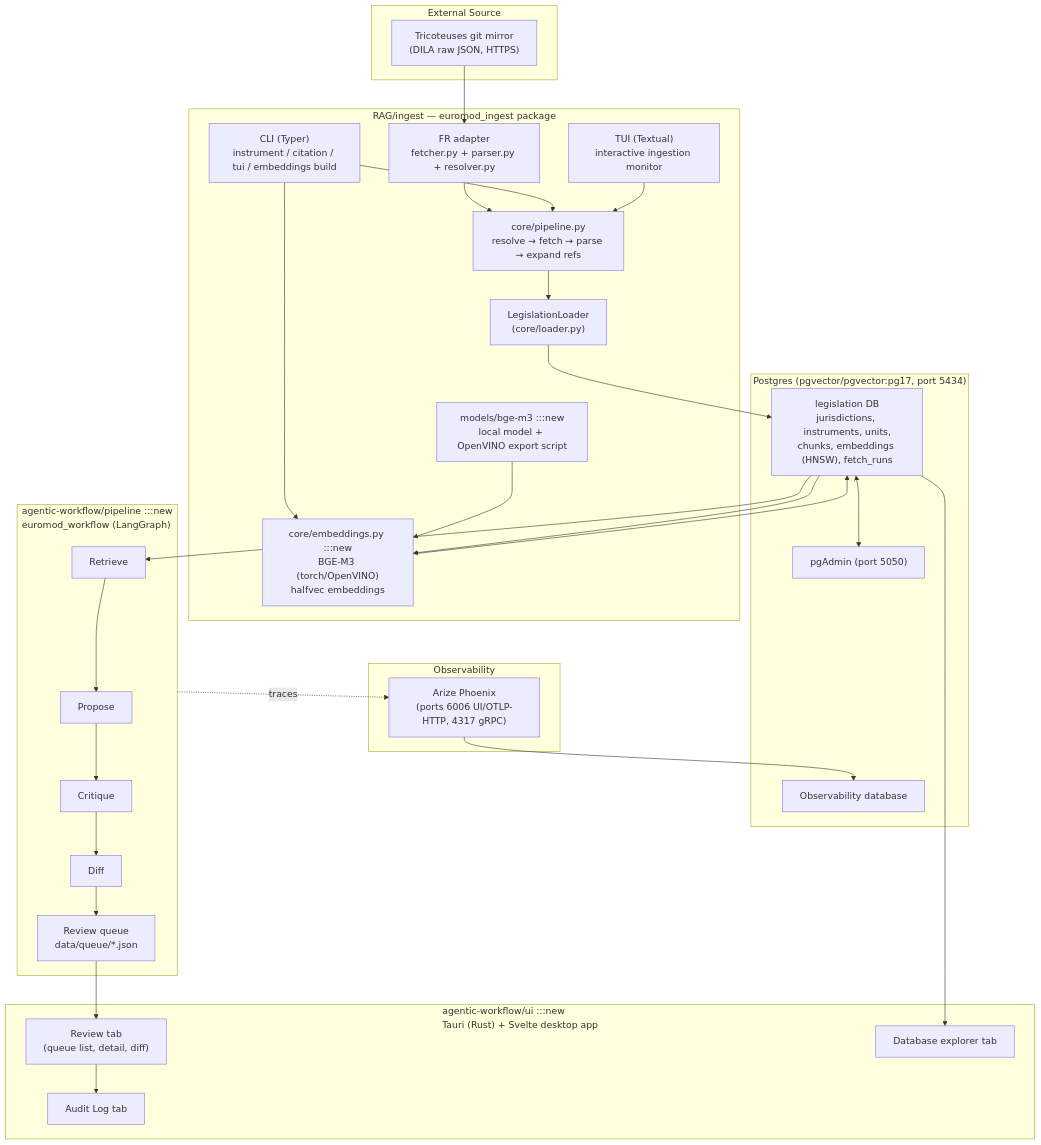
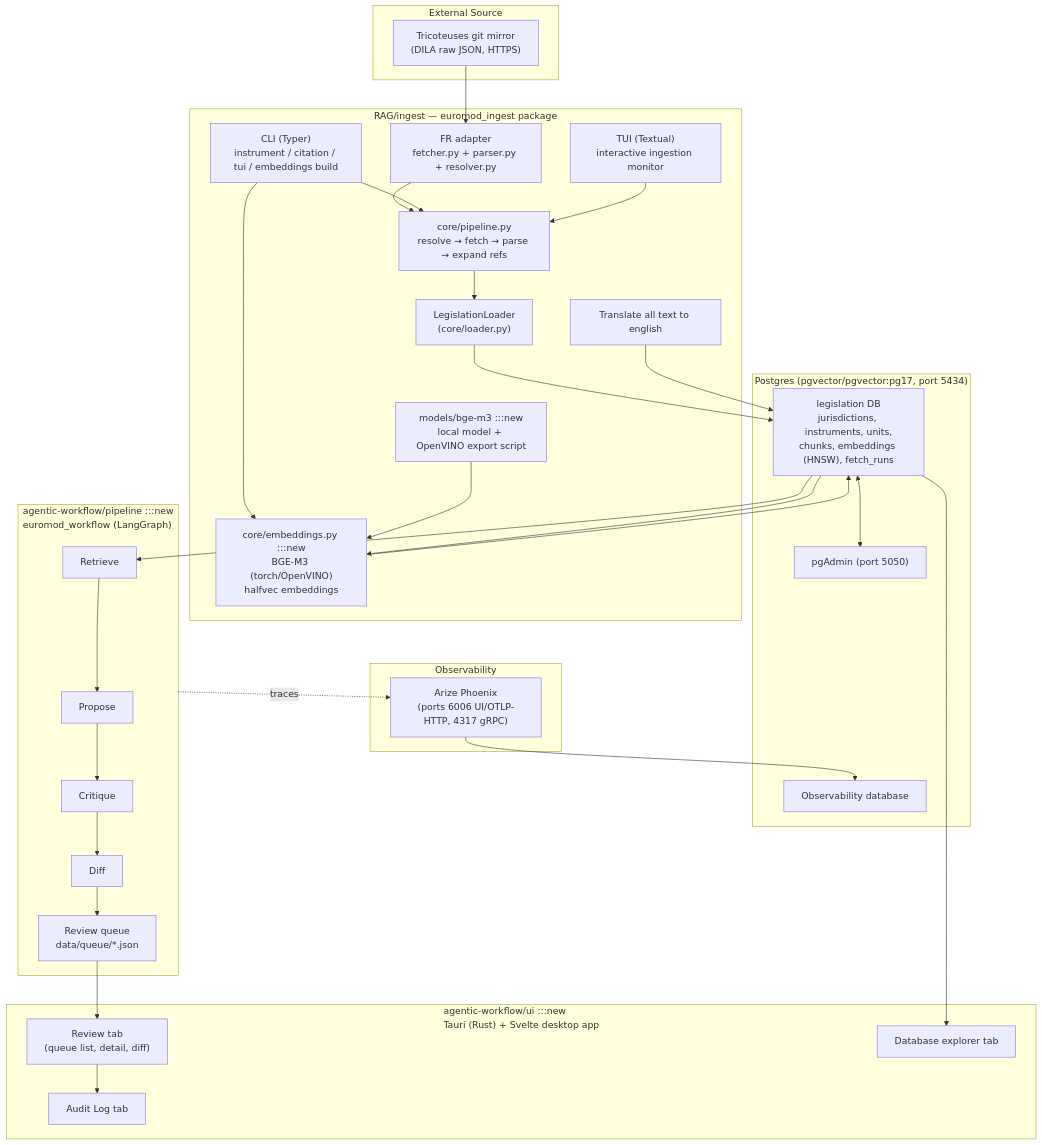
Before and after one commit to benoit-cty/euromod: the diagram in 00_project-overview.md, drawn with Mermaid. The commit also changed 104 other files, not shown here.

````diff
--- a/00_project-overview.md
+++ b/00_project-overview.md
@@ -61,54 +61,56 @@
 ```mermaid
 flowchart TD
     subgraph SRC["External Source"]
         TRI["Tricoteuses git mirror\n(DILA raw JSON, HTTPS)"]
     end
 
     subgraph INGEST["RAG/ingest — euromod_ingest package"]
         CLI["CLI (Typer)\ninstrument / citation / tui / embeddings build"]
         TUI["TUI (Textual)\ninteractive ingestion monitor"]
         FR["FR adapter\nfetcher.py + parser.py + resolver.py"]
         PIPE["core/pipeline.py\nresolve → fetch → parse → expand refs"]
         LOADER["LegislationLoader\n(core/loader.py)"]
         EMB["core/embeddings.py :::new\nBGE-M3 (torch/OpenVINO)\nhalfvec embeddings"]
         MODELS["models/bge-m3 :::new\nlocal model + OpenVINO export script"]
+        TRANSLATE["Translate all text to english"]
     end
 
     subgraph DB["Postgres (pgvector/pgvector:pg17, port 5434)"]
         SCHEMA["legislation DB\njurisdictions, instruments, units,\nchunks, embeddings (HNSW), fetch_runs"]
         PGADMIN["pgAdmin (port 5050)"]
         PHOENIX["Observability database"]
     end
 
     subgraph OBS["Observability"]
         PHX["Arize Phoenix\n(ports 6006 UI/OTLP-HTTP, 4317 gRPC)"]
     end
 
     subgraph AGENT["agentic-workflow/pipeline :::new\neuromod_workflow (LangGraph)"]
         RET["Retrieve"] --> PROP["Propose"] --> CRIT["Critique"] --> DIFF["Diff"]
         QUEUE["Review queue\ndata/queue/*.json"]
         DIFF --> QUEUE
     end
 
     subgraph UI["agentic-workflow/ui :::new\nTauri (Rust) + Svelte desktop app"]
         REVIEW["Review tab\n(queue list, detail, diff)"]
         AUDIT["Audit Log tab"]
         DBEXPLORE["Database explorer tab"]
     end
 
     TRI --> FR --> PIPE --> LOADER --> SCHEMA
     CLI --> PIPE
     TUI --> PIPE
     CLI --> EMB
     MODELS --> EMB
     SCHEMA --> EMB --> SCHEMA
     SCHEMA <--> PGADMIN
     SCHEMA --> RET
     AGENT -. traces .-> PHX
     QUEUE --> REVIEW
     SCHEMA --> DBEXPLORE
     REVIEW --> AUDIT
     PHX-->PHOENIX
+    TRANSLATE-->SCHEMA
 
     classDef new stroke-dasharray: 5 5,stroke:#e08800,color:inherit;
 ```
````
